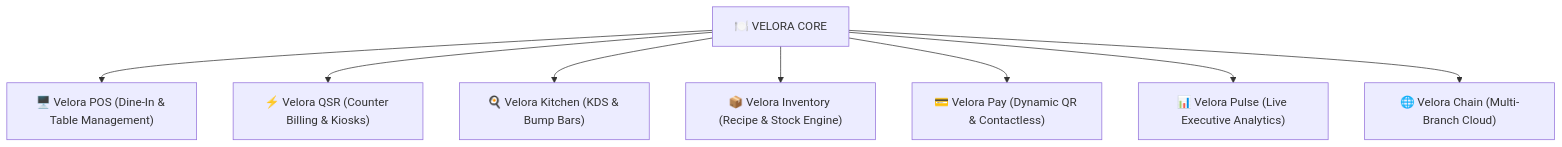
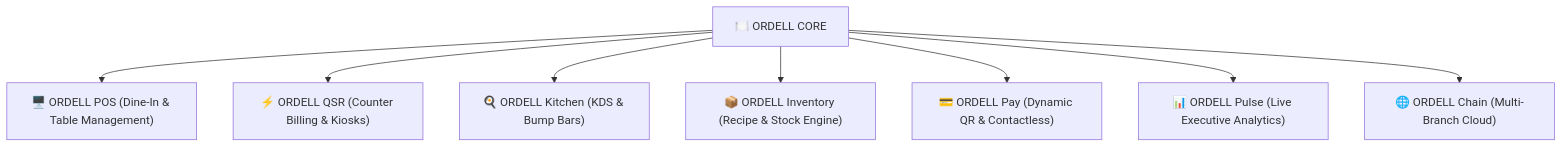
One commit to aycreationconnect-source/qsrsystem changed the diagram in docs/Brand Name Selection.md. Above: the diagram before and after it, drawn with Mermaid. The commit also changed other lines of this file and 58 other files, not shown here.

Commit message:
Replace: Rename brand name to ORDELL - Order, Operations, BIlling. Update all files with brand name, Also updated the icon.

````diff
--- a/docs/Brand Name Selection.md
+++ b/docs/Brand Name Selection.md
@@ -96,10 +97,10 @@
 ```mermaid
 graph TD
-    V_CORE["🍽️ VELORA CORE"] --> V_POS["🖥️ Velora POS (Dine-In & Table Management)"]
-    V_CORE --> V_QSR["⚡ Velora QSR (Counter Billing & Kiosks)"]
-    V_CORE --> V_KDS["🍳 Velora Kitchen (KDS & Bump Bars)"]
-    V_CORE --> V_INV["📦 Velora Inventory (Recipe & Stock Engine)"]
-    V_CORE --> V_PAY["💳 Velora Pay (Dynamic QR & Contactless)"]
-    V_CORE --> V_PULSE["📊 Velora Pulse (Live Executive Analytics)"]
-    V_CORE --> V_CHAIN["🌐 Velora Chain (Multi-Branch Cloud)"]
+    O_CORE["🍽️ ORDELL CORE"] --> O_POS["🖥️ ORDELL POS (Dine-In & Table Management)"]
+    O_CORE --> O_QSR["⚡ ORDELL QSR (Counter Billing & Kiosks)"]
+    O_CORE --> O_KDS["🍳 ORDELL Kitchen (KDS & Bump Bars)"]
+    O_CORE --> O_INV["📦 ORDELL Inventory (Recipe & Stock Engine)"]
+    O_CORE --> O_PAY["💳 ORDELL Pay (Dynamic QR & Contactless)"]
+    O_CORE --> O_PULSE["📊 ORDELL Pulse (Live Executive Analytics)"]
+    O_CORE --> O_CHAIN["🌐 ORDELL Chain (Multi-Branch Cloud)"]
 ```
````
